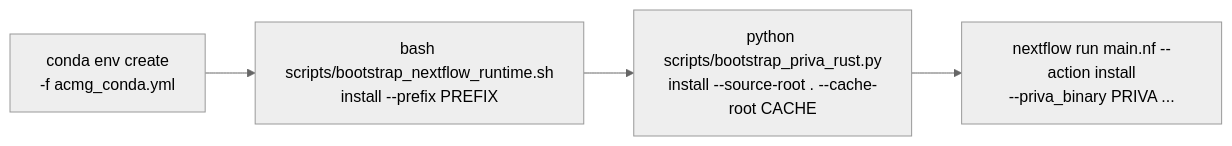
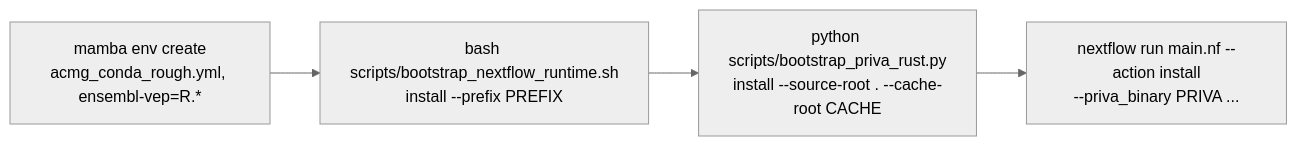
The fifth of 5 diagrams in rust/CONVERSION.md (yangyxt/PriVA), drawn with Mermaid (neutral theme) before and after one commit. The commit also changed other lines of this file and 6 other files, not shown here.

````diff
--- a/rust/CONVERSION.md
+++ b/rust/CONVERSION.md
@@ -634,6 +634,6 @@
 ```mermaid
 flowchart LR
-  B1["conda env create<br/>-f acmg_conda.yml"] --> B2["bash scripts/bootstrap_nextflow_runtime.sh<br/>install --prefix PREFIX"]
+  B1["mamba env create<br/>acmg_conda_rough.yml, ensembl-vep=R.*"] --> B2["bash scripts/bootstrap_nextflow_runtime.sh<br/>install --prefix PREFIX"]
   B2 --> B3["python scripts/bootstrap_priva_rust.py<br/>install --source-root . --cache-root CACHE"]
   B3 --> B4["nextflow run main.nf --action install<br/>--priva_binary PRIVA ..."]
 ```
````
